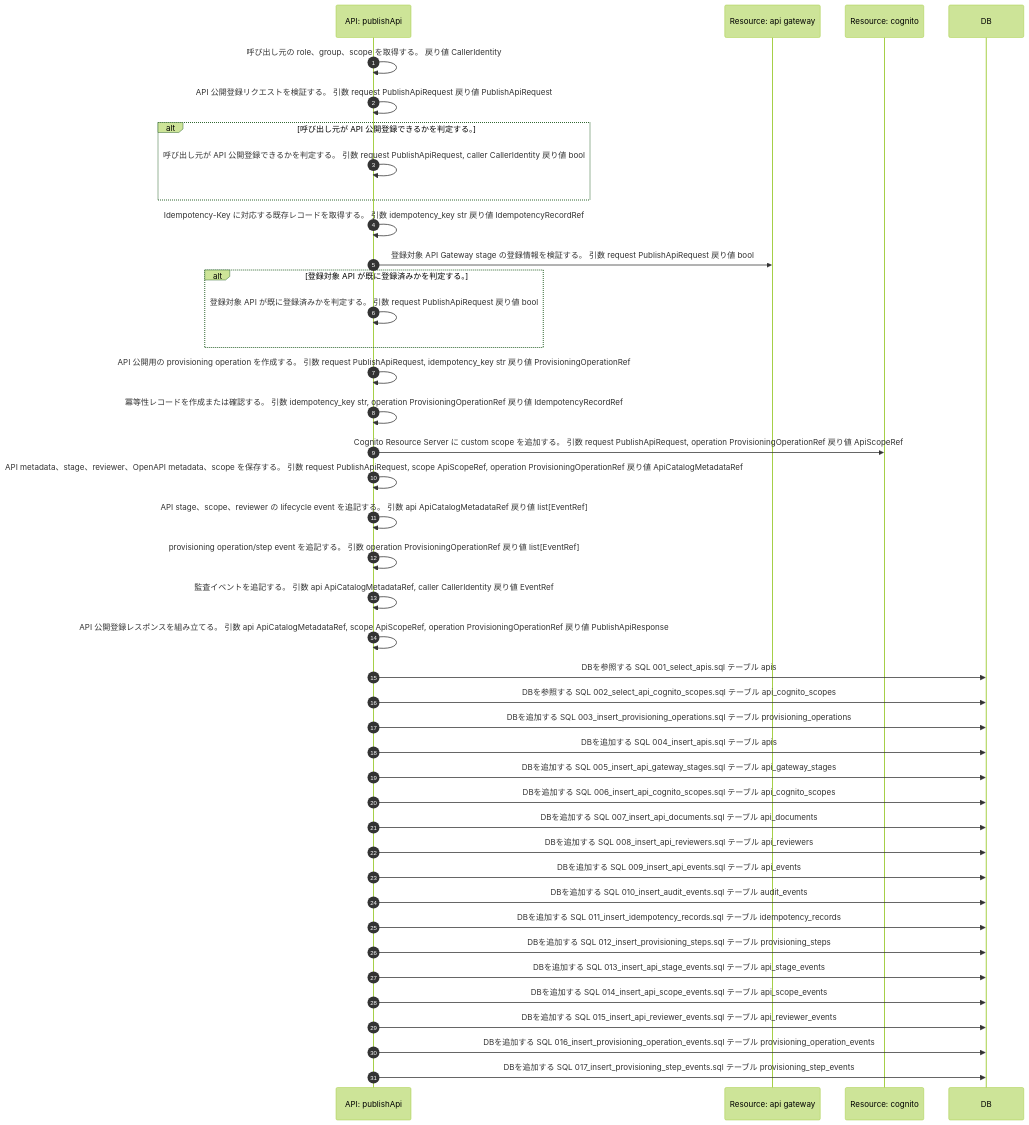
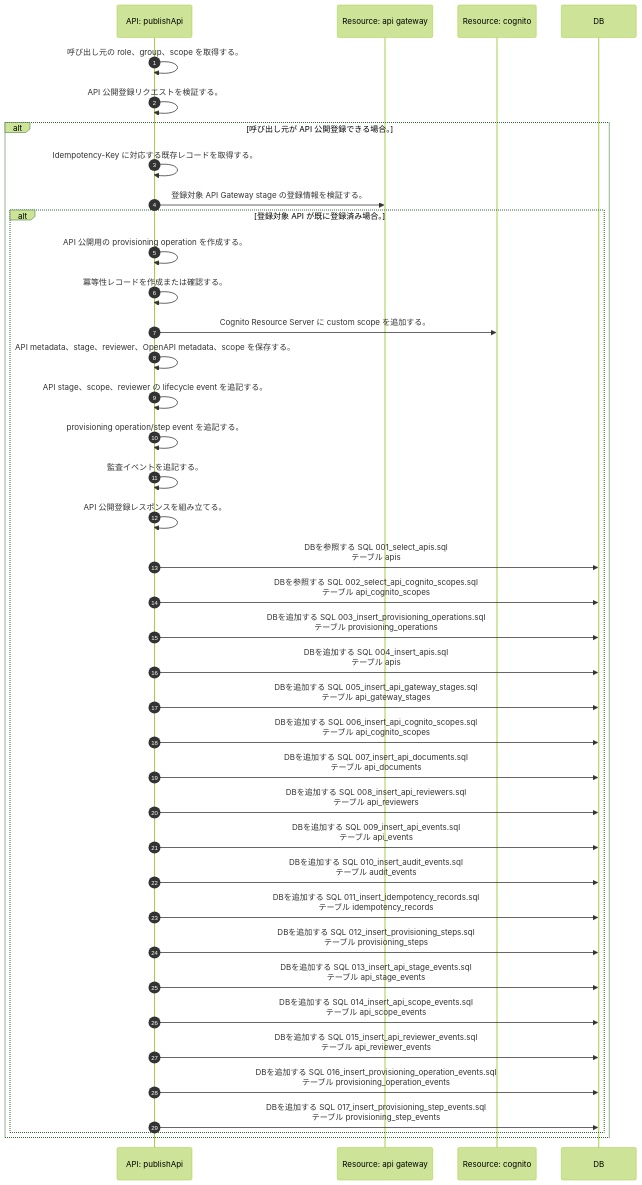
The diagram in docs/spec/40.apis/apis/publish_api/sequence_gen.md (tsuji-tomonori/lazunex), drawn with Mermaid (forest theme) before and after one commit. The commit also changed 16 other files, not shown here.

First line of the commit message:
🐛 fix(api): sequence条件分岐の表示を修正

````diff
--- a/docs/spec/40.apis/apis/publish_api/sequence_gen.md
+++ b/docs/spec/40.apis/apis/publish_api/sequence_gen.md
@@ -5,43 +5,41 @@
 ```mermaid
 sequenceDiagram
   autonumber
   participant API as API: publishApi
   participant R_api_gateway as Resource: api gateway
   participant R_cognito as Resource: cognito
   participant DB as DB
-  API->>API: 呼び出し元の role、group、scope を取得する。 戻り値 CallerIdentity
-  API->>API: API 公開登録リクエストを検証する。 引数 request PublishApiRequest 戻り値 PublishApiRequest
-  alt 呼び出し元が API 公開登録できるかを判定する。
-    API->>API: 呼び出し元が API 公開登録できるかを判定する。 引数 request PublishApiRequest, caller CallerIdentity 戻り値 bool
+  API->>API: 呼び出し元の role、group、scope を取得する。
+  API->>API: API 公開登録リクエストを検証する。
+  alt 呼び出し元が API 公開登録できる場合。
+    API->>API: Idempotency-Key に対応する既存レコードを取得する。
+    API->>R_api_gateway: 登録対象 API Gateway stage の登録情報を検証する。
+    alt 登録対象 API が既に登録済み場合。
+      API->>API: API 公開用の provisioning operation を作成する。
+      API->>API: 冪等性レコードを作成または確認する。
+      API->>R_cognito: Cognito Resource Server に custom scope を追加する。
+      API->>API: API metadata、stage、reviewer、OpenAPI metadata、scope を保存する。
+      API->>API: API stage、scope、reviewer の lifecycle event を追記する。
+      API->>API: provisioning operation/step event を追記する。
+      API->>API: 監査イベントを追記する。
+      API->>API: API 公開登録レスポンスを組み立てる。
+      API->>DB: DBを参照する SQL 001_select_apis.sql<br/>テーブル apis
+      API->>DB: DBを参照する SQL 002_select_api_cognito_scopes.sql<br/>テーブル api_cognito_scopes
+      API->>DB: DBを追加する SQL 003_insert_provisioning_operations.sql<br/>テーブル provisioning_operations
+      API->>DB: DBを追加する SQL 004_insert_apis.sql<br/>テーブル apis
+      API->>DB: DBを追加する SQL 005_insert_api_gateway_stages.sql<br/>テーブル api_gateway_stages
+      API->>DB: DBを追加する SQL 006_insert_api_cognito_scopes.sql<br/>テーブル api_cognito_scopes
+      API->>DB: DBを追加する SQL 007_insert_api_documents.sql<br/>テーブル api_documents
+      API->>DB: DBを追加する SQL 008_insert_api_reviewers.sql<br/>テーブル api_reviewers
+      API->>DB: DBを追加する SQL 009_insert_api_events.sql<br/>テーブル api_events
+      API->>DB: DBを追加する SQL 010_insert_audit_events.sql<br/>テーブル audit_events
+      API->>DB: DBを追加する SQL 011_insert_idempotency_records.sql<br/>テーブル idempotency_records
+      API->>DB: DBを追加する SQL 012_insert_provisioning_steps.sql<br/>テーブル provisioning_steps
+      API->>DB: DBを追加する SQL 013_insert_api_stage_events.sql<br/>テーブル api_stage_events
+      API->>DB: DBを追加する SQL 014_insert_api_scope_events.sql<br/>テーブル api_scope_events
+      API->>DB: DBを追加する SQL 015_insert_api_reviewer_events.sql<br/>テーブル api_reviewer_events
+      API->>DB: DBを追加する SQL 016_insert_provisioning_operation_events.sql<br/>テーブル provisioning_operation_events
+      API->>DB: DBを追加する SQL 017_insert_provisioning_step_events.sql<br/>テーブル provisioning_step_events
+    end
   end
-  API->>API: Idempotency-Key に対応する既存レコードを取得する。 引数 idempotency_key str 戻り値 IdempotencyRecordRef
-  API->>R_api_gateway: 登録対象 API Gateway stage の登録情報を検証する。 引数 request PublishApiRequest 戻り値 bool
-  alt 登録対象 API が既に登録済みかを判定する。
-    API->>API: 登録対象 API が既に登録済みかを判定する。 引数 request PublishApiRequest 戻り値 bool
-  end
-  API->>API: API 公開用の provisioning operation を作成する。 引数 request PublishApiRequest, idempotency_key str 戻り値 ProvisioningOperationRef
-  API->>API: 冪等性レコードを作成または確認する。 引数 idempotency_key str, operation ProvisioningOperationRef 戻り値 IdempotencyRecordRef
-  API->>R_cognito: Cognito Resource Server に custom scope を追加する。 引数 request PublishApiRequest, operation ProvisioningOperationRef 戻り値 ApiScopeRef
-  API->>API: API metadata、stage、reviewer、OpenAPI metadata、scope を保存する。 引数 request PublishApiRequest, scope ApiScopeRef, operation ProvisioningOperationRef 戻り値 ApiCatalogMetadataRef
-  API->>API: API stage、scope、reviewer の lifecycle event を追記する。 引数 api ApiCatalogMetadataRef 戻り値 list[EventRef]
-  API->>API: provisioning operation/step event を追記する。 引数 operation ProvisioningOperationRef 戻り値 list[EventRef]
-  API->>API: 監査イベントを追記する。 引数 api ApiCatalogMetadataRef, caller CallerIdentity 戻り値 EventRef
-  API->>API: API 公開登録レスポンスを組み立てる。 引数 api ApiCatalogMetadataRef, scope ApiScopeRef, operation ProvisioningOperationRef 戻り値 PublishApiResponse
-  API->>DB: DBを参照する SQL 001_select_apis.sql テーブル apis
-  API->>DB: DBを参照する SQL 002_select_api_cognito_scopes.sql テーブル api_cognito_scopes
-  API->>DB: DBを追加する SQL 003_insert_provisioning_operations.sql テーブル provisioning_operations
-  API->>DB: DBを追加する SQL 004_insert_apis.sql テーブル apis
-  API->>DB: DBを追加する SQL 005_insert_api_gateway_stages.sql テーブル api_gateway_stages
-  API->>DB: DBを追加する SQL 006_insert_api_cognito_scopes.sql テーブル api_cognito_scopes
-  API->>DB: DBを追加する SQL 007_insert_api_documents.sql テーブル api_documents
-  API->>DB: DBを追加する SQL 008_insert_api_reviewers.sql テーブル api_reviewers
-  API->>DB: DBを追加する SQL 009_insert_api_events.sql テーブル api_events
-  API->>DB: DBを追加する SQL 010_insert_audit_events.sql テーブル audit_events
-  API->>DB: DBを追加する SQL 011_insert_idempotency_records.sql テーブル idempotency_records
-  API->>DB: DBを追加する SQL 012_insert_provisioning_steps.sql テーブル provisioning_steps
-  API->>DB: DBを追加する SQL 013_insert_api_stage_events.sql テーブル api_stage_events
-  API->>DB: DBを追加する SQL 014_insert_api_scope_events.sql テーブル api_scope_events
-  API->>DB: DBを追加する SQL 015_insert_api_reviewer_events.sql テーブル api_reviewer_events
-  API->>DB: DBを追加する SQL 016_insert_provisioning_operation_events.sql テーブル provisioning_operation_events
-  API->>DB: DBを追加する SQL 017_insert_provisioning_step_events.sql テーブル provisioning_step_events
 ```
````
